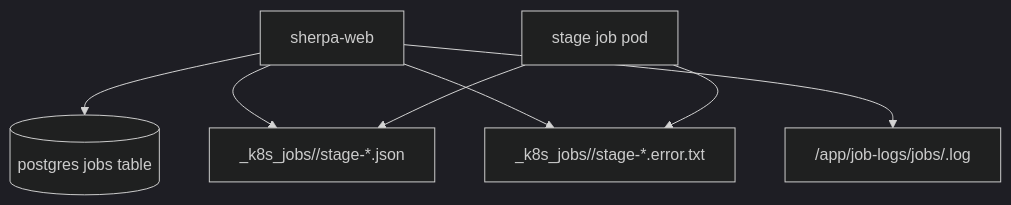
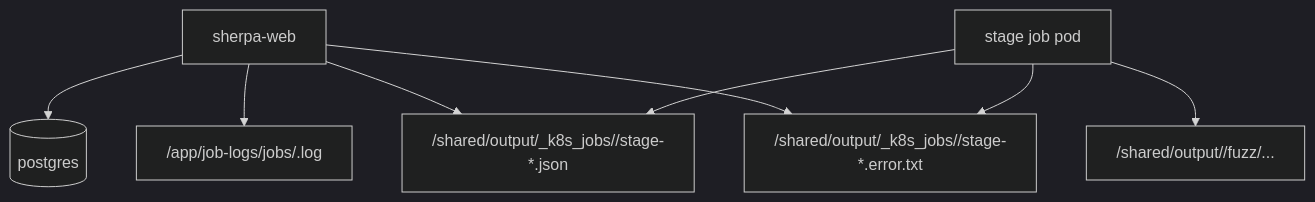
One commit to ZUENS2020/Sherpa changed the fifth of 8 diagrams in README.md. Above: the diagram before and after it, drawn with Mermaid (dark theme). The commit also changed other lines of this file, not shown here.

````diff
--- a/README.md
+++ b/README.md
@@ -183,9 +219,10 @@
 ```mermaid
 flowchart TB
-  API["sherpa-web"] --> DB[("postgres jobs table")]
-  API --> O1["_k8s_jobs/<job_id>/stage-*.json"]
-  API --> O2["_k8s_jobs/<job_id>/stage-*.error.txt"]
-  API --> L["/app/job-logs/jobs/<job_id>.log"]
-  JOB["stage job pod"] --> O1
-  JOB --> O2
+  API["sherpa-web"] --> DB[("postgres")]
+  API --> JL["/app/job-logs/jobs/<job_id>.log"]
+  API --> KR["/shared/output/_k8s_jobs/<job_id>/stage-*.json"]
+  API --> KE["/shared/output/_k8s_jobs/<job_id>/stage-*.error.txt"]
+  JOB["stage job pod"] --> KR
+  JOB --> KE
+  JOB --> OUT["/shared/output/<repo-id>/fuzz/... "]
 ```
````
